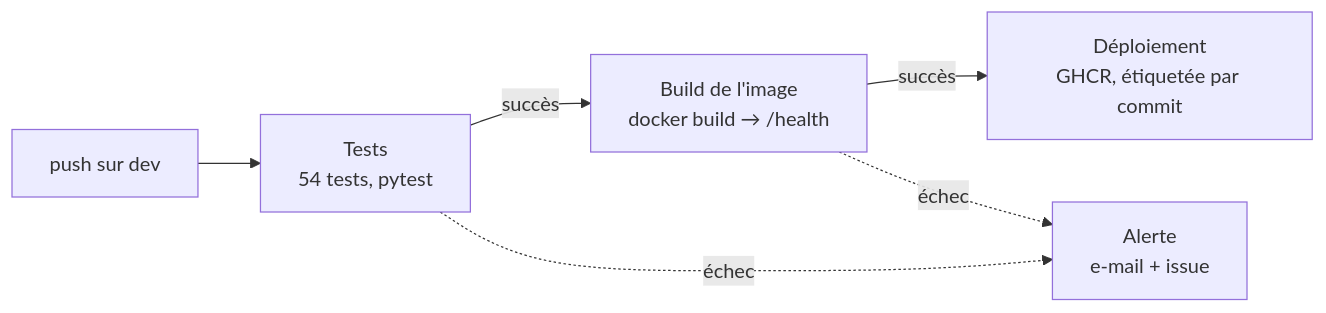
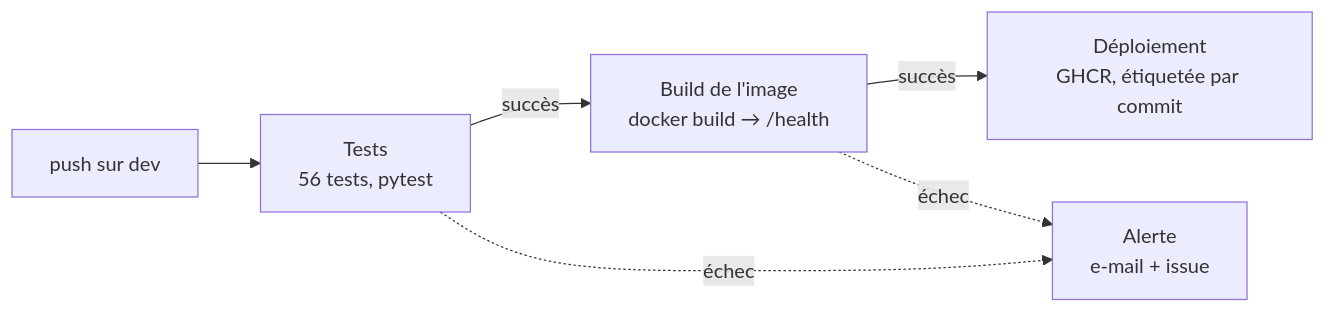
One commit to to-haladjian/OC_projet_DS_12 changed the diagram in README.md. Above: the diagram before and after it, drawn with Mermaid. The commit also changed other lines of this file and 2 other files, not shown here.

````diff
--- a/README.md
+++ b/README.md
@@ -337,10 +337,10 @@
 ```mermaid
 flowchart LR
     push["push sur dev"] --> tests
-    tests["Tests<br/>54 tests, pytest"] -->|succès| image
+    tests["Tests<br/>56 tests, pytest"] -->|succès| image
     image["Build de l'image<br/>docker build → /health"] -->|succès| publication
     publication["Déploiement<br/>GHCR, étiquetée par commit"]
     tests -. échec .-> alerte
     image -. échec .-> alerte
     alerte["Alerte<br/>e-mail + issue"]
 ```
````
